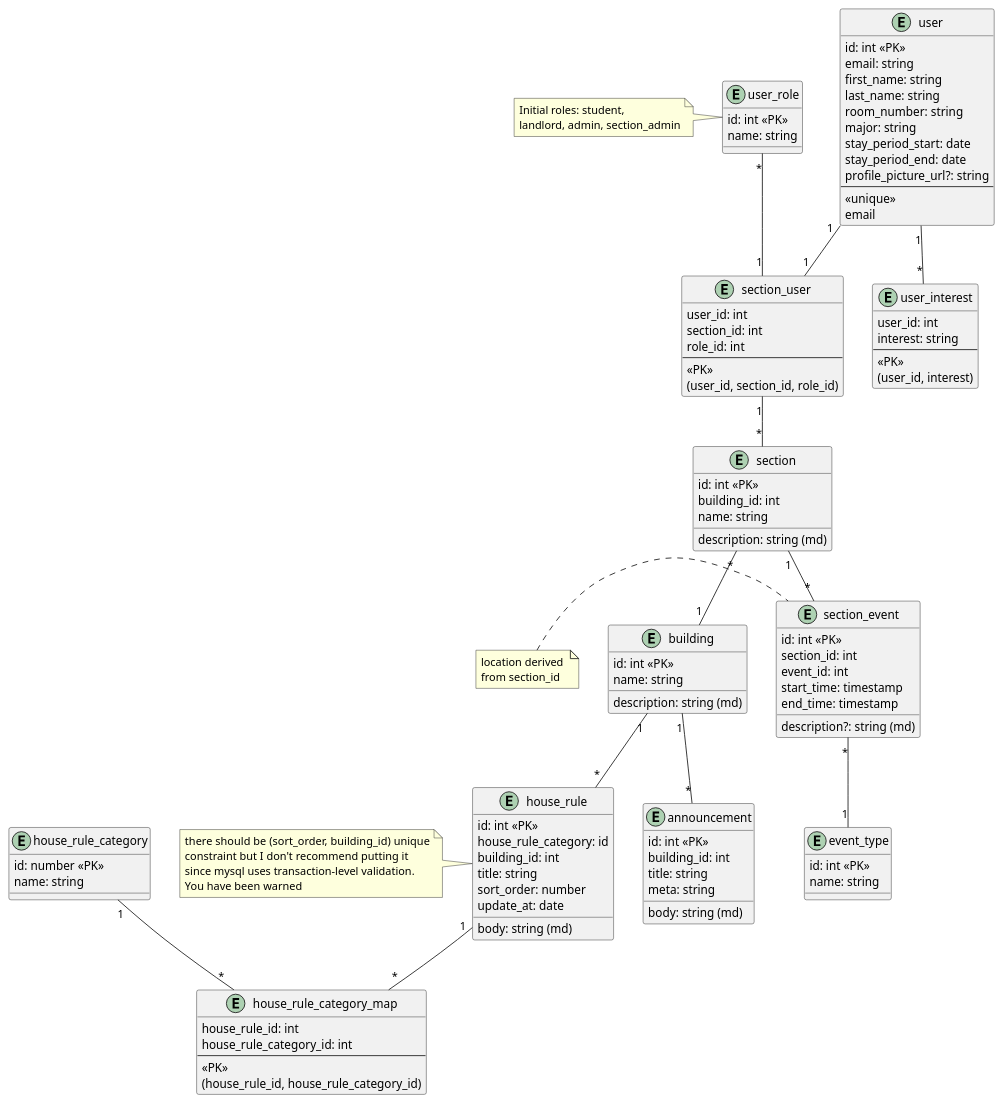
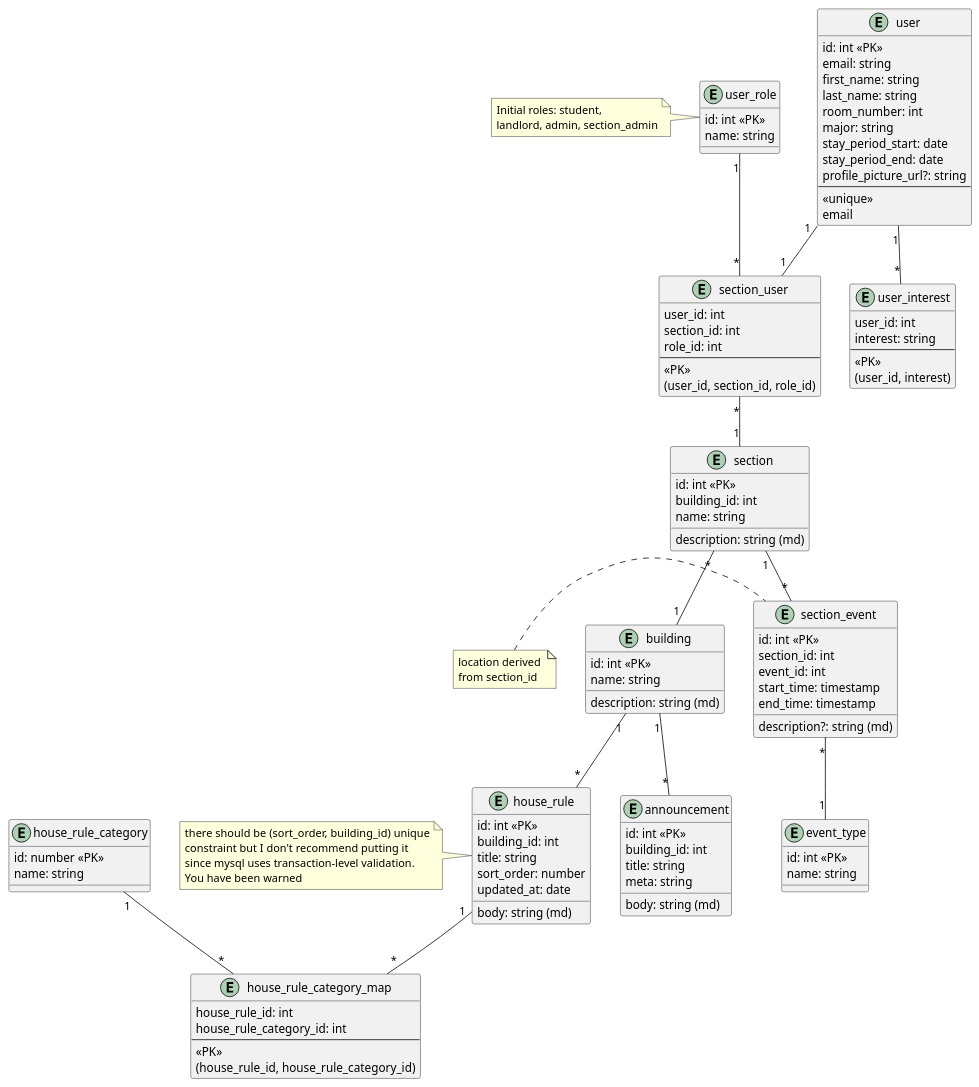
Before and after one commit to sweden-fullstack/sweden-fullstack-group-project: the diagram in schema.puml, drawn with PlantUML.

Commit message:
fix(schema): update room_number type to int and correct updated_at field name

```diff
--- a/schema.puml
+++ b/schema.puml
@@ -1,129 +1,128 @@
 @startuml
 
 entity user {
     id: int <<PK>>
     email: string
     first_name: string
     last_name: string
-    room_number: string
+    room_number: int
     major: string
     stay_period_start: date
     stay_period_end: date
     profile_picture_url?: string
     ---
     <<unique>>
     email
 }
 ' Perhaps move room_number, stay_period_start and stay_period_end 
 ' to section_user since it makes more sense there?
 
 entity user_interest {
    user_id: int
    interest: string
    ---
    <<PK>>
    (user_id, interest)
 }
 
 entity section_user {
     user_id: int
     section_id: int
     role_id: int
     ---
     <<PK>>
     (user_id, section_id, role_id)
 }
 
 entity building {
     id: int <<PK>>
     name: string
     description: string (md)
 }
 
 entity section {
     id: int <<PK>>
     building_id: int
     name: string
     description: string (md)
 }
 
 entity announcement {
     id: int <<PK>>
     building_id: int
     title: string
     meta: string
     body: string (md)
 }
 
 entity section_event {
     id: int <<PK>>
     section_id: int
     event_id: int
     description?: string (md)
     start_time: timestamp
     end_time: timestamp
 }
 
 note left of section_event
    location derived 
    from section_id
 end note
 
 entity event_type {
     id: int <<PK>>
     name: string
 }
 
 entity user_role {
    id: int <<PK>>
    name: string
 }
 
 note left of user_role
    Initial roles: student, 
    landlord, admin, section_admin
 end note
 
 entity house_rule {
     id: int <<PK>>
-    house_rule_category: id
     building_id: int
     title: string
     body: string (md)
     sort_order: number
-    update_at: date
+    updated_at: date
 }
 
 note left of house_rule
    there should be (sort_order, building_id) unique
    constraint but I don't recommend putting it
    since mysql uses transaction-level validation.
    You have been warned
 end note
 
 entity house_rule_category_map {
    house_rule_id: int
    house_rule_category_id: int
    ---
    <<PK>>
    (house_rule_id, house_rule_category_id)
 }
 
 entity house_rule_category {
     id: number <<PK>>
     name: string
 }
 
 user "1" -- "1" section_user
 user "1" -- "*" user_interest
-user_role "*" -- "1" section_user
-section_user "1" -- "*" section
+user_role "1" -- "*" section_user
+section_user "*" -- "1" section
 section "1" -- "*" section_event
 section "*" -- "1" building
 section_event "*" -- "1" event_type
 building "1" -- "*" announcement
 building "1" -- "*" house_rule
 house_rule "1" -- "*" house_rule_category_map
 house_rule_category "1" -- "*" house_rule_category_map
 
 @enduml
```
